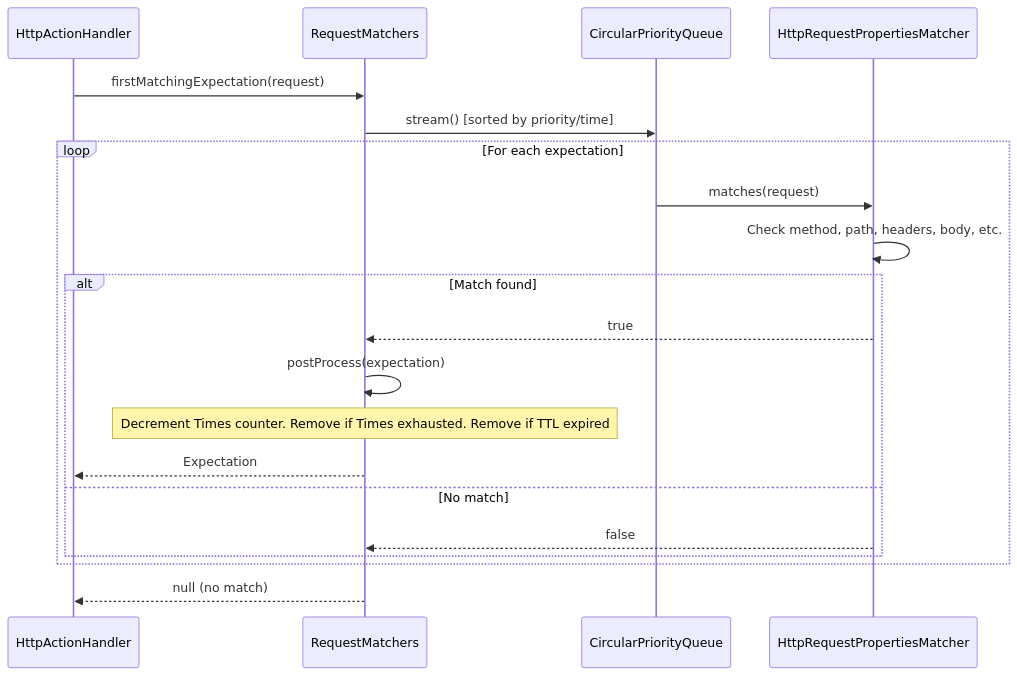
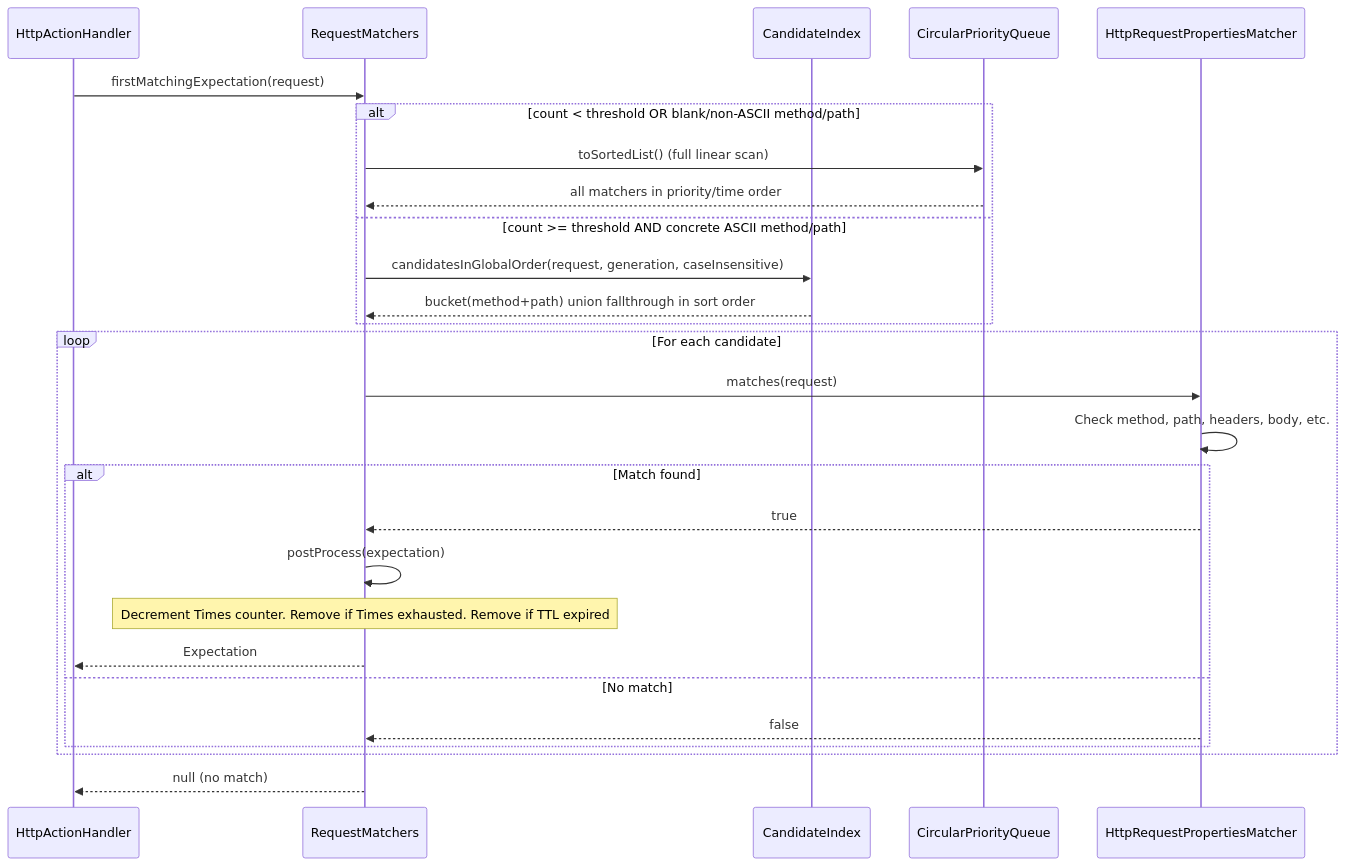
One commit to sean8601/mockserver-monorepo changed the fifth of 14 diagrams in docs/code/request-processing.md. Above: the diagram before and after it, drawn with Mermaid. The commit also changed other lines of this file and 1 other file, not shown here.

Commit message:
docs(code): document candidate matching index, trafficValidate endpoint, forward DNS

````diff
--- a/docs/code/request-processing.md
+++ b/docs/code/request-processing.md
@@ -338,23 +368,30 @@
 ```mermaid
 sequenceDiagram
     participant AH as HttpActionHandler
     participant RM as RequestMatchers
+    participant CI as CandidateIndex
     participant Q as CircularPriorityQueue
     participant M as HttpRequestPropertiesMatcher
 
     AH->>RM: firstMatchingExpectation(request)
-    RM->>Q: stream() [sorted by priority/time]
-    loop For each expectation
-        Q->>M: matches(request)
+    alt count < threshold OR blank/non-ASCII method/path
+        RM->>Q: toSortedList() (full linear scan)
+        Q-->>RM: all matchers in priority/time order
+    else count >= threshold AND concrete ASCII method/path
+        RM->>CI: candidatesInGlobalOrder(request, generation, caseInsensitive)
+        CI-->>RM: bucket(method+path) union fallthrough in sort order
+    end
+    loop For each candidate
+        RM->>M: matches(request)
         M->>M: Check method, path, headers, body, etc.
         alt Match found
             M-->>RM: true
             RM->>RM: postProcess(expectation)
             Note over RM: Decrement Times counter. Remove if Times exhausted. Remove if TTL expired
             RM-->>AH: Expectation
         else No match
             M-->>RM: false
         end
     end
     RM-->>AH: null (no match)
 ```
````
